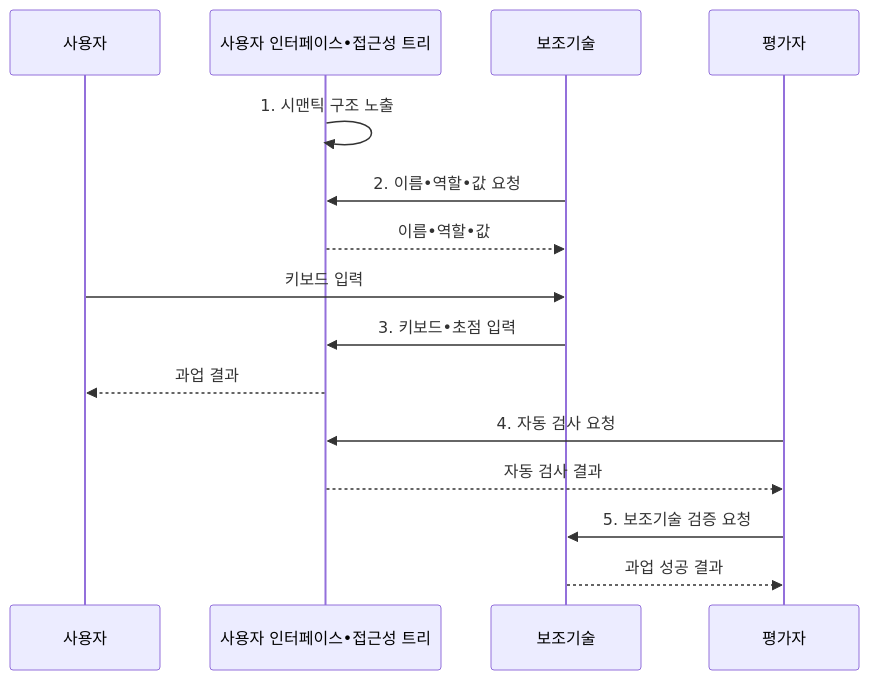
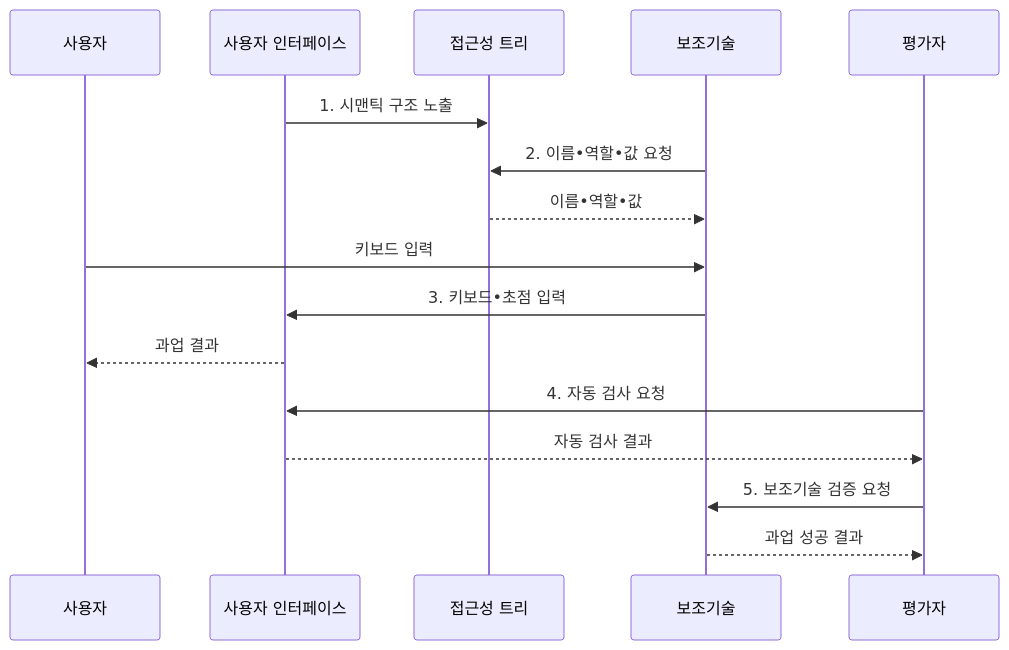
Before and after one commit to agnusdei1207/knowledge-base: the second of 2 diagrams in src/content/docs/notes/03-software/194_digital_accessibility_wcag.md, drawn with Mermaid. The commit also changed other lines of this file and 7 other files, not shown here.

````diff
--- a/src/content/docs/notes/03-software/194_digital_accessibility_wcag.md
+++ b/src/content/docs/notes/03-software/194_digital_accessibility_wcag.md
@@ -104,17 +104,18 @@
 ```mermaid
 sequenceDiagram
     participant P as 사용자
-    participant U as 사용자 인터페이스•접근성 트리
+    participant U as 사용자 인터페이스
+    participant A as 접근성 트리
     participant T as 보조기술
     participant V as 평가자
-    U->>U: 1. 시맨틱 구조 노출
-    T->>U: 2. 이름•역할•값 요청
-    U-->>T: 이름•역할•값
+    U->>A: 1. 시맨틱 구조 노출
+    T->>A: 2. 이름•역할•값 요청
+    A-->>T: 이름•역할•값
     P->>T: 키보드 입력
     T->>U: 3. 키보드•초점 입력
     U-->>P: 과업 결과
     V->>U: 4. 자동 검사 요청
     U-->>V: 자동 검사 결과
     V->>T: 5. 보조기술 검증 요청
     T-->>V: 과업 성공 결과
 ```
````
